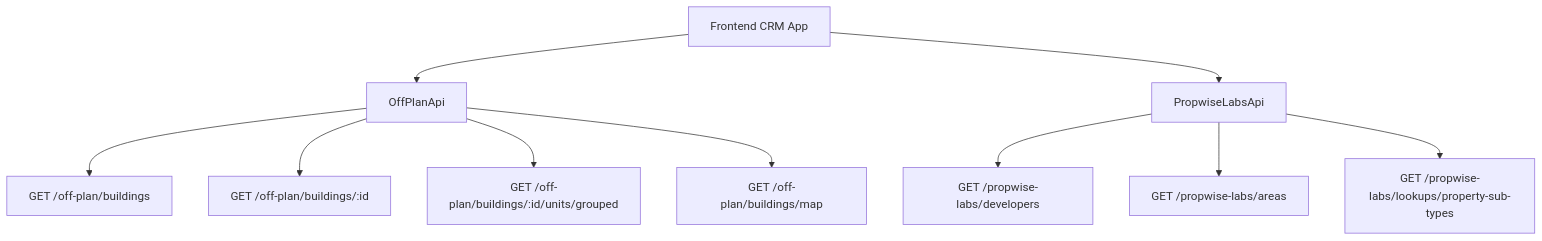
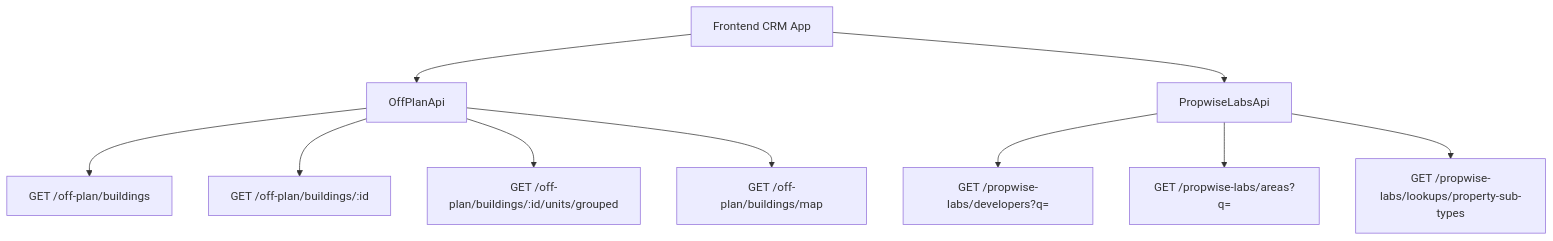
One commit to tech-propwise-org/docs changed the diagram in backend/real-estate/off-plan-directory-implementation-canonical.mdx. Above: the diagram before and after it, drawn with Mermaid. The commit also changed other lines of this file and 57 other files, not shown here.

````diff
--- a/backend/real-estate/off-plan-directory-implementation-canonical.mdx
+++ b/backend/real-estate/off-plan-directory-implementation-canonical.mdx
@@ -33,13 +68,12 @@
 ```mermaid
 graph TD
     A[Frontend CRM App] --> B[OffPlanApi]
     B --> C[GET /off-plan/buildings]
     B --> D[GET /off-plan/buildings/:id]
     B --> E[GET /off-plan/buildings/:id/units/grouped]
     B --> F[GET /off-plan/buildings/map]
-    
     A --> G[PropwiseLabsApi]
-    G --> H[GET /propwise-labs/developers]
-    G --> I[GET /propwise-labs/areas]
+    G --> H[GET /propwise-labs/developers?q=]
+    G --> I[GET /propwise-labs/areas?q=]
     G --> J[GET /propwise-labs/lookups/property-sub-types]
 ```
````
